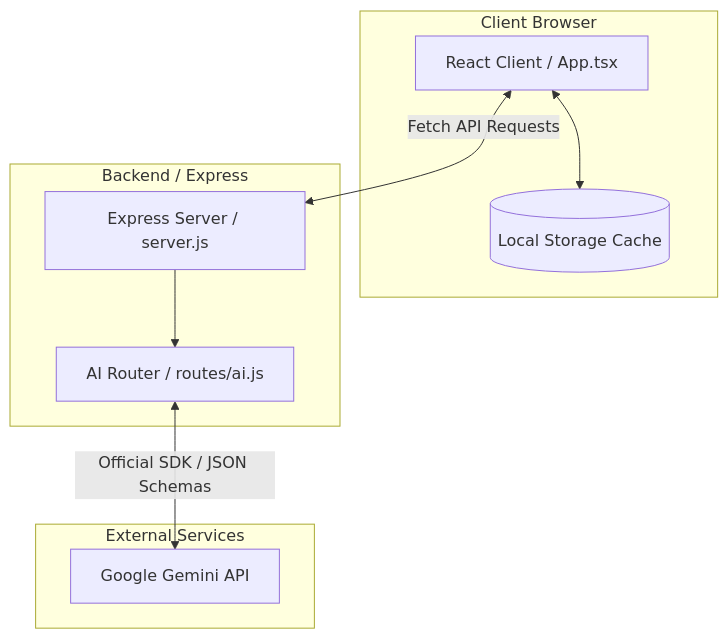
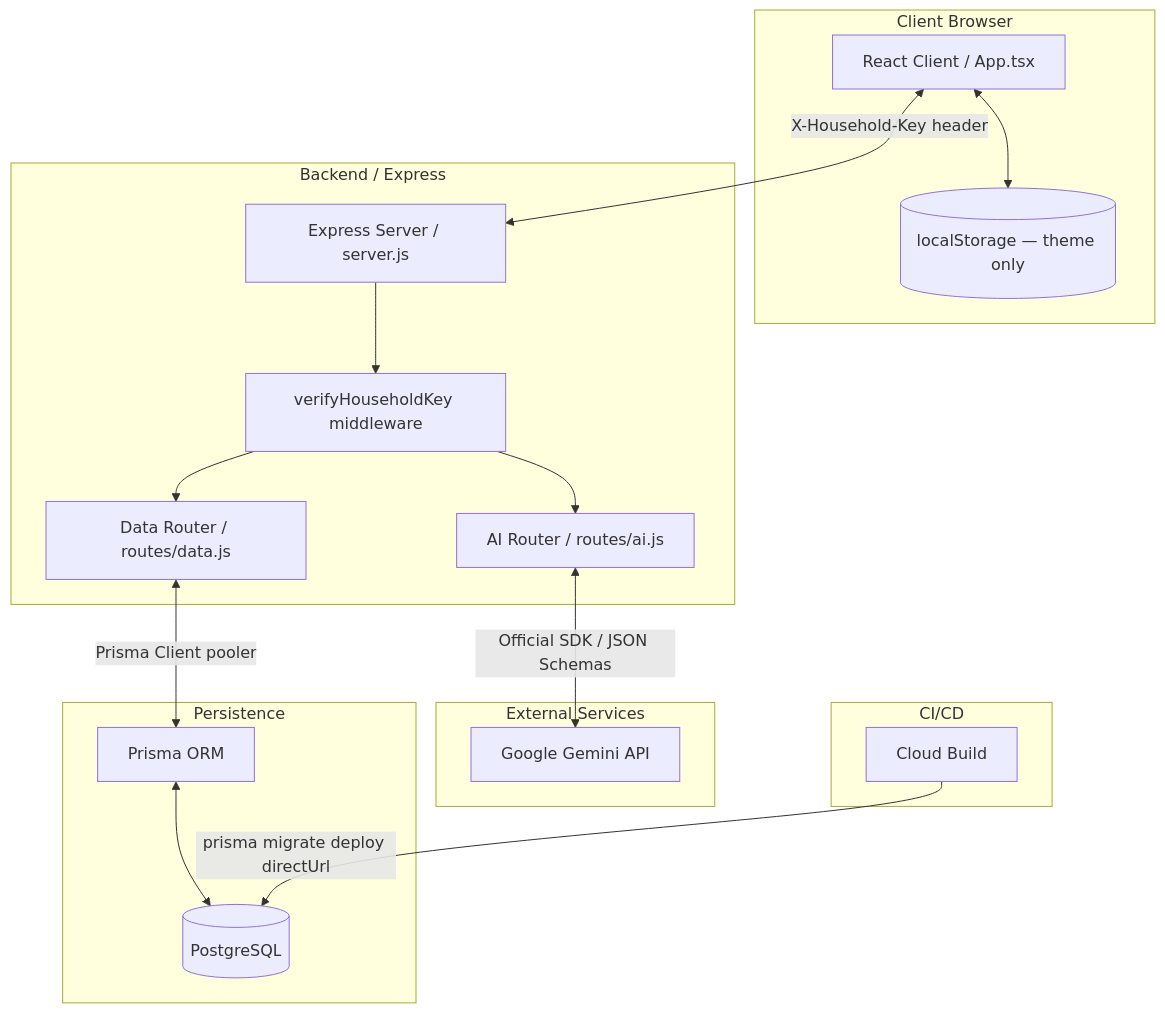
The diagram in docs/architecture.md (vishmatta/mindful-meals), drawn with Mermaid before and after one commit. The commit also changed other lines of this file and 2 other files, not shown here.

Commit message:
docs: document migration from localStorage to PostgreSQL-backed persistence with optimistic synchronization and household API key authentication

````diff
--- a/docs/architecture.md
+++ b/docs/architecture.md
@@ -20,21 +20,37 @@
 ```mermaid
 graph TD
     subgraph Client [Client Browser]
         React[React Client / App.tsx]
-        LS[(Local Storage Cache)]
+        LS[(localStorage — theme only)]
         React <--> LS
     end
 
     subgraph Server [Backend / Express]
         Express[Express Server / server.js]
+        HK[verifyHouseholdKey middleware]
         AIRouter[AI Router / routes/ai.js]
-        Express --> AIRouter
+        DataRouter[Data Router / routes/data.js]
+        Express --> HK
+        HK --> AIRouter
+        HK --> DataRouter
+    end
+
+    subgraph Persistence [Persistence]
+        Prisma[Prisma ORM]
+        DB[(PostgreSQL)]
+        Prisma <--> DB
     end
 
     subgraph External [External Services]
         Gemini[Google Gemini API]
     end
 
-    React <-->|Fetch API Requests| Express
+    subgraph CICD [CI/CD]
+        CloudBuild[Cloud Build]
+    end
+
+    React <-->|X-Household-Key header| Express
     AIRouter <-->|Official SDK / JSON Schemas| Gemini
+    DataRouter <-->|Prisma Client pooler| Prisma
+    CloudBuild -->|prisma migrate deploy directUrl| DB
 ```
````
